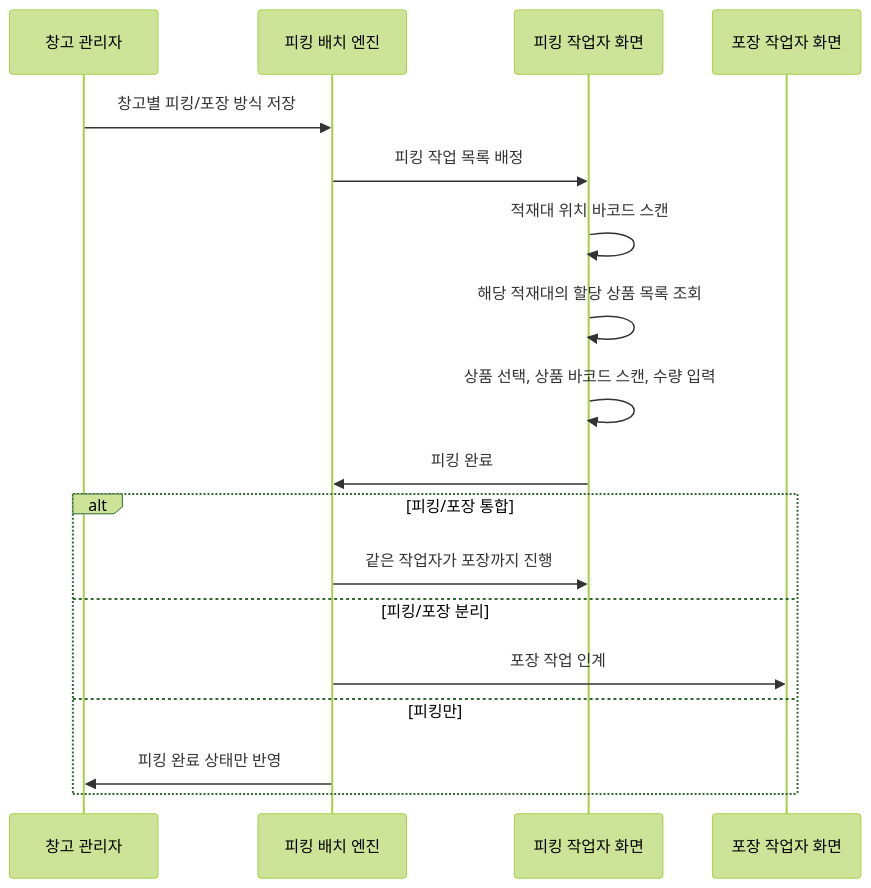
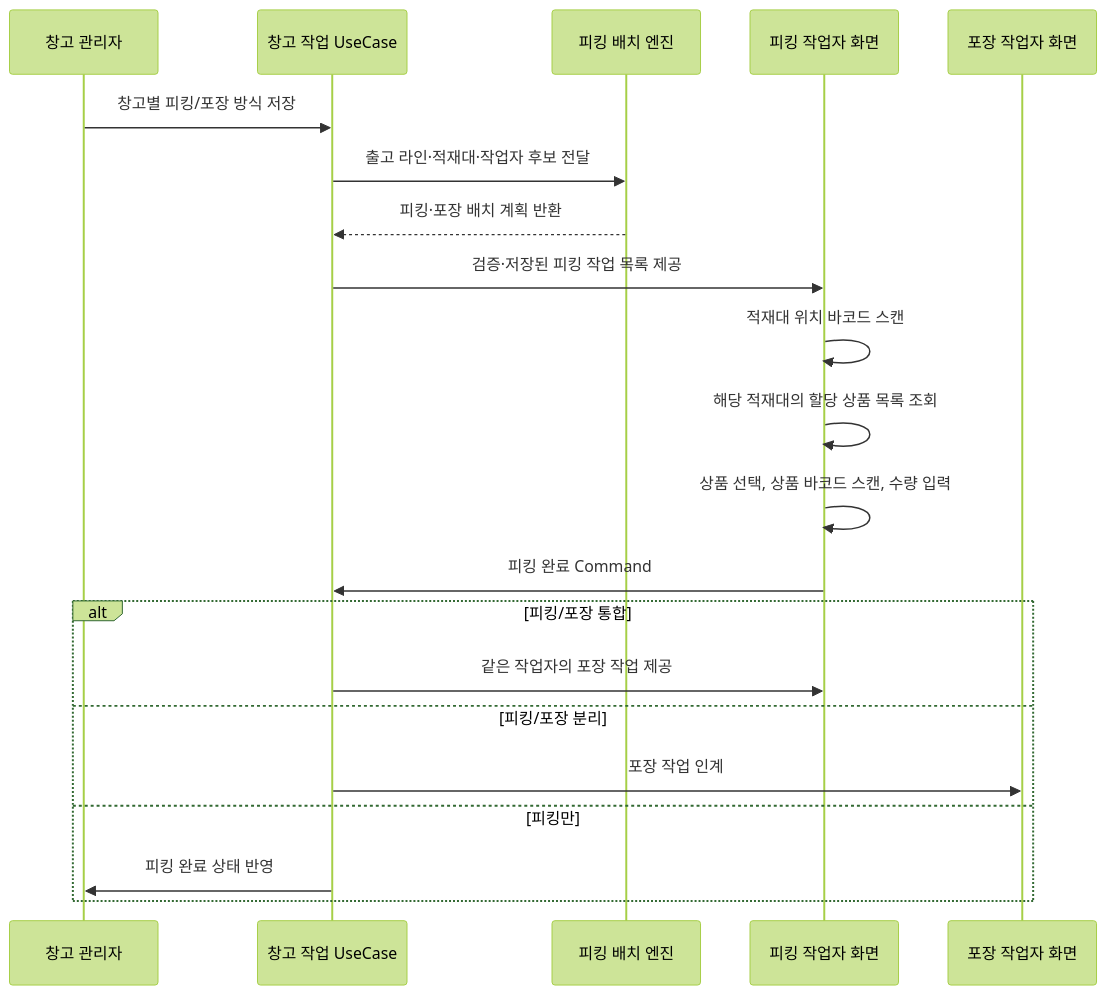
The fourth of 5 diagrams in docs/Architecture/EngineOverview.md (cheolwo/hongdal), drawn with Mermaid (forest theme) before and after one commit. The commit also changed other lines of this file and 17 other files, not shown here.

````diff
--- a/docs/Architecture/EngineOverview.md
+++ b/docs/Architecture/EngineOverview.md
@@ -212,21 +228,24 @@
 ```mermaid
 sequenceDiagram
     participant Manager as 창고 관리자
+    participant UseCase as 창고 작업 UseCase
     participant Engine as 피킹 배치 엔진
     participant Picker as 피킹 작업자 화면
     participant Packer as 포장 작업자 화면
 
-    Manager->>Engine: 창고별 피킹/포장 방식 저장
-    Engine->>Picker: 피킹 작업 목록 배정
+    Manager->>UseCase: 창고별 피킹/포장 방식 저장
+    UseCase->>Engine: 출고 라인·적재대·작업자 후보 전달
+    Engine-->>UseCase: 피킹·포장 배치 계획 반환
+    UseCase->>Picker: 검증·저장된 피킹 작업 목록 제공
     Picker->>Picker: 적재대 위치 바코드 스캔
     Picker->>Picker: 해당 적재대의 할당 상품 목록 조회
     Picker->>Picker: 상품 선택, 상품 바코드 스캔, 수량 입력
-    Picker->>Engine: 피킹 완료
+    Picker->>UseCase: 피킹 완료 Command
     alt 피킹/포장 통합
-        Engine->>Picker: 같은 작업자가 포장까지 진행
+        UseCase->>Picker: 같은 작업자의 포장 작업 제공
     else 피킹/포장 분리
-        Engine->>Packer: 포장 작업 인계
+        UseCase->>Packer: 포장 작업 인계
     else 피킹만
-        Engine->>Manager: 피킹 완료 상태만 반영
+        UseCase->>Manager: 피킹 완료 상태 반영
     end
 ```
````
